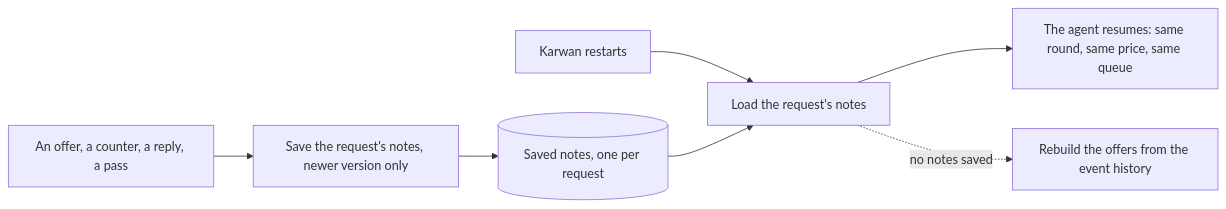
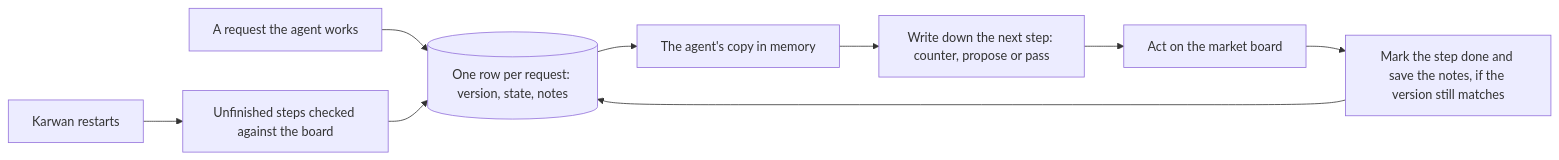
One commit to Iziedking/Karwan changed the third of 3 diagrams in docs/architecture/48-one-agent-per-person.md. Above: the diagram before and after it, drawn with Mermaid. The commit also changed other lines of this file and 9 other files, not shown here.

Commit message:
feat(agents): the agent's notes on a request live in the database

````diff
--- a/docs/architecture/48-one-agent-per-person.md
+++ b/docs/architecture/48-one-agent-per-person.md
@@ -63,9 +63,11 @@
 ```mermaid
 flowchart LR
-  CH[An offer, a counter, a reply, a pass] --> SV[Save the request's notes, newer version only]
-  SV --> DB[(Saved notes, one per request)]
-  RS[Karwan restarts] --> LD[Load the request's notes]
-  DB --> LD
-  LD --> GO[The agent resumes: same round, same price, same queue]
-  LD -. no notes saved .-> EH[Rebuild the offers from the event history]
+  RQ[A request the agent works] --> RW[(One row per request: version, state, notes)]
+  RW --> MEM[The agent's copy in memory]
+  MEM --> IN[Write down the next step: counter, propose or pass]
+  IN --> ACT[Act on the market board]
+  ACT --> DONE[Mark the step done and save the notes, if the version still matches]
+  DONE --> RW
+  RS[Karwan restarts] --> CHK[Unfinished steps checked against the board]
+  CHK --> RW
 ```
````
